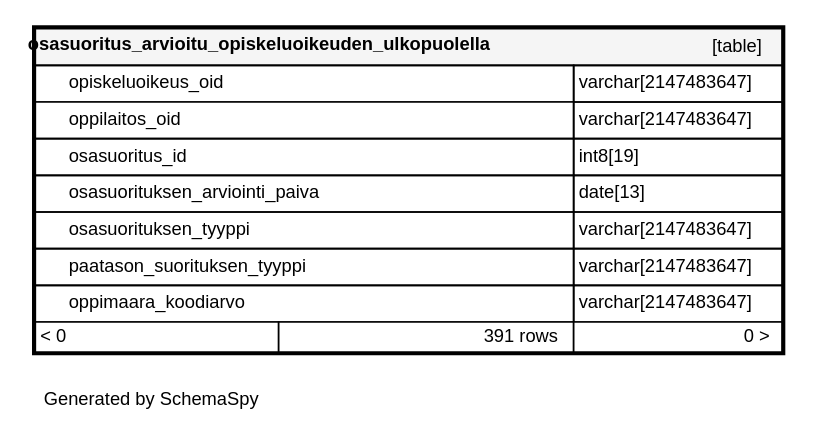
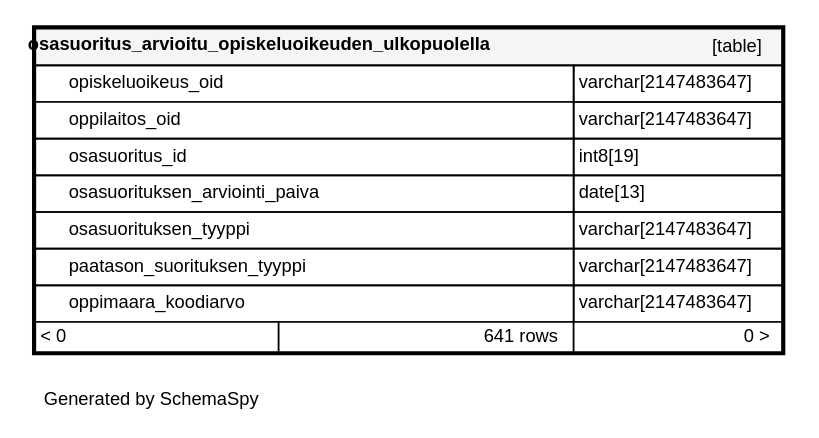
One commit to Opetushallitus/koski changed the diagram in documentation/tietokantaskeemat/koski-raportointikanta/diagrams/tables/osasuoritus_arvioitu_opiskeluoi_6ab95832.1degree.dot. Above: the diagram before and after it, drawn with Graphviz. The commit also changed 169 other files, not shown here.

```diff
--- a/documentation/tietokantaskeemat/koski-raportointikanta/diagrams/tables/osasuoritus_arvioitu_opiskeluoi_6ab95832.1degree.dot
+++ b/documentation/tietokantaskeemat/koski-raportointikanta/diagrams/tables/osasuoritus_arvioitu_opiskeluoi_6ab95832.1degree.dot
@@ -1,20 +1,20 @@
 digraph "oneDegreeRelationshipsDiagram" {
   graph [    rankdir="RL"    bgcolor="#ffffff"    label="\nGenerated by SchemaSpy"    labeljust="l"    nodesep="0.18"    ranksep="0.46"    fontname="Helvetica"    fontsize="11"    ration="compress"  ];  node [    fontname="Helvetica"    fontsize="11"    shape="plaintext"  ];  edge [    arrowsize="0.8"  ];
   "osasuoritus_arvioitu_opiskeluoikeuden_ulkopuolella" [
    label=<
     <TABLE BORDER="2" CELLBORDER="1" CELLSPACING="0" BGCOLOR="#ffffff">
       <TR><TD COLSPAN="4"  BGCOLOR="#f5f5f5"><TABLE BORDER="0" CELLSPACING="0"><TR><TD ALIGN="LEFT" FIXEDSIZE="TRUE" WIDTH="302" HEIGHT="16"><B>osasuoritus_arvioitu_opiskeluoikeuden_ulkopuolella</B></TD><TD ALIGN="RIGHT">[table]</TD></TR></TABLE></TD></TR>
       <TR><TD PORT="opiskeluoikeus_oid" COLSPAN="2" ALIGN="LEFT"><TABLE BORDER="0" CELLSPACING="0" ALIGN="LEFT"><TR ALIGN="LEFT"><TD ALIGN="LEFT" FIXEDSIZE="TRUE" WIDTH="15" HEIGHT="16"></TD><TD ALIGN="LEFT" FIXEDSIZE="TRUE" WIDTH="302" HEIGHT="16">opiskeluoikeus_oid</TD></TR></TABLE></TD><TD PORT="opiskeluoikeus_oid.type" ALIGN="LEFT">varchar[2147483647]</TD></TR>
       <TR><TD PORT="oppilaitos_oid" COLSPAN="2" BGCOLOR="#ffffff" ALIGN="LEFT"><TABLE BORDER="0" CELLSPACING="0" ALIGN="LEFT"><TR ALIGN="LEFT"><TD ALIGN="LEFT" FIXEDSIZE="TRUE" WIDTH="15" HEIGHT="16"></TD><TD ALIGN="LEFT" FIXEDSIZE="TRUE" WIDTH="302" HEIGHT="16">oppilaitos_oid</TD></TR></TABLE></TD><TD PORT="oppilaitos_oid.type" ALIGN="LEFT">varchar[2147483647]</TD></TR>
       <TR><TD PORT="osasuoritus_id" COLSPAN="2" ALIGN="LEFT"><TABLE BORDER="0" CELLSPACING="0" ALIGN="LEFT"><TR ALIGN="LEFT"><TD ALIGN="LEFT" FIXEDSIZE="TRUE" WIDTH="15" HEIGHT="16"></TD><TD ALIGN="LEFT" FIXEDSIZE="TRUE" WIDTH="302" HEIGHT="16">osasuoritus_id</TD></TR></TABLE></TD><TD PORT="osasuoritus_id.type" ALIGN="LEFT">int8[19]</TD></TR>
       <TR><TD PORT="osasuorituksen_arviointi_paiva" COLSPAN="2" ALIGN="LEFT"><TABLE BORDER="0" CELLSPACING="0" ALIGN="LEFT"><TR ALIGN="LEFT"><TD ALIGN="LEFT" FIXEDSIZE="TRUE" WIDTH="15" HEIGHT="16"></TD><TD ALIGN="LEFT" FIXEDSIZE="TRUE" WIDTH="302" HEIGHT="16">osasuorituksen_arviointi_paiva</TD></TR></TABLE></TD><TD PORT="osasuorituksen_arviointi_paiva.type" ALIGN="LEFT">date[13]</TD></TR>
       <TR><TD PORT="osasuorituksen_tyyppi" COLSPAN="2" ALIGN="LEFT"><TABLE BORDER="0" CELLSPACING="0" ALIGN="LEFT"><TR ALIGN="LEFT"><TD ALIGN="LEFT" FIXEDSIZE="TRUE" WIDTH="15" HEIGHT="16"></TD><TD ALIGN="LEFT" FIXEDSIZE="TRUE" WIDTH="302" HEIGHT="16">osasuorituksen_tyyppi</TD></TR></TABLE></TD><TD PORT="osasuorituksen_tyyppi.type" ALIGN="LEFT">varchar[2147483647]</TD></TR>
       <TR><TD PORT="paatason_suorituksen_tyyppi" COLSPAN="2" ALIGN="LEFT"><TABLE BORDER="0" CELLSPACING="0" ALIGN="LEFT"><TR ALIGN="LEFT"><TD ALIGN="LEFT" FIXEDSIZE="TRUE" WIDTH="15" HEIGHT="16"></TD><TD ALIGN="LEFT" FIXEDSIZE="TRUE" WIDTH="302" HEIGHT="16">paatason_suorituksen_tyyppi</TD></TR></TABLE></TD><TD PORT="paatason_suorituksen_tyyppi.type" ALIGN="LEFT">varchar[2147483647]</TD></TR>
       <TR><TD PORT="oppimaara_koodiarvo" COLSPAN="2" ALIGN="LEFT"><TABLE BORDER="0" CELLSPACING="0" ALIGN="LEFT"><TR ALIGN="LEFT"><TD ALIGN="LEFT" FIXEDSIZE="TRUE" WIDTH="15" HEIGHT="16"></TD><TD ALIGN="LEFT" FIXEDSIZE="TRUE" WIDTH="302" HEIGHT="16">oppimaara_koodiarvo</TD></TR></TABLE></TD><TD PORT="oppimaara_koodiarvo.type" ALIGN="LEFT">varchar[2147483647]</TD></TR>
-      <TR><TD ALIGN="LEFT" BGCOLOR="#ffffff">&lt; 0</TD><TD ALIGN="RIGHT" BGCOLOR="#ffffff">391 rows</TD><TD ALIGN="RIGHT" BGCOLOR="#ffffff">0 &gt;</TD></TR>
+      <TR><TD ALIGN="LEFT" BGCOLOR="#ffffff">&lt; 0</TD><TD ALIGN="RIGHT" BGCOLOR="#ffffff">641 rows</TD><TD ALIGN="RIGHT" BGCOLOR="#ffffff">0 &gt;</TD></TR>
     </TABLE>>
     URL="../../tables/osasuoritus_arvioitu_opiskeluoi_6ab95832.html"
     target="_top"
     tooltip="osasuoritus_arvioitu_opiskeluoikeuden_ulkopuolella"
   ];
 }
```
